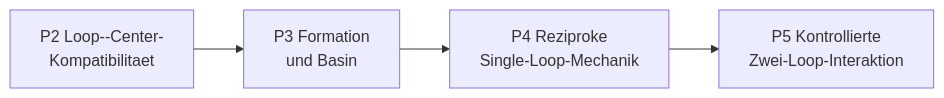
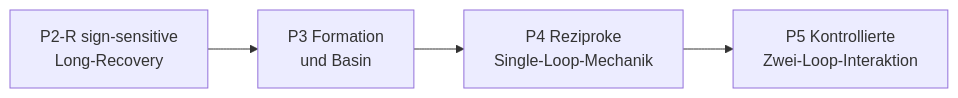
Before and after one commit to MemoryDynamics/Knoten: the diagram in docs/status/project_priorities.md, drawn with Mermaid. The commit also changed other lines of this file and 7 other files, not shown here.

````diff
--- a/docs/status/project_priorities.md
+++ b/docs/status/project_priorities.md
@@ -36,9 +36,9 @@
 ```mermaid
 flowchart LR
-    p2["P2 Loop--Center-<br/>Kompatibilitaet"]
+    p2r["P2-R sign-sensitive<br/>Long-Recovery"]
     p3["P3 Formation<br/>und Basin"]
     p4["P4 Reziproke<br/>Single-Loop-Mechanik"]
     p5["P5 Kontrollierte<br/>Zwei-Loop-Interaktion"]
 
-    p2 --> p3 --> p4 --> p5
+    p2r --> p3 --> p4 --> p5
 ```
````
